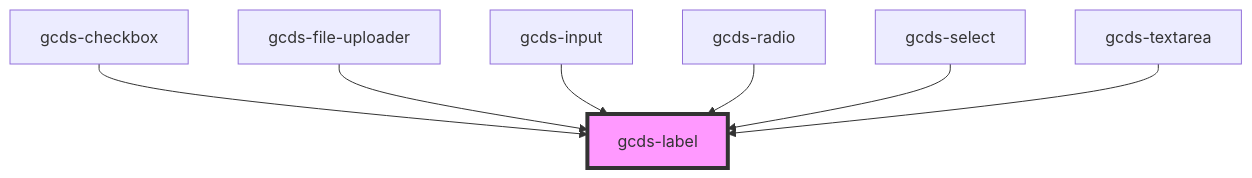
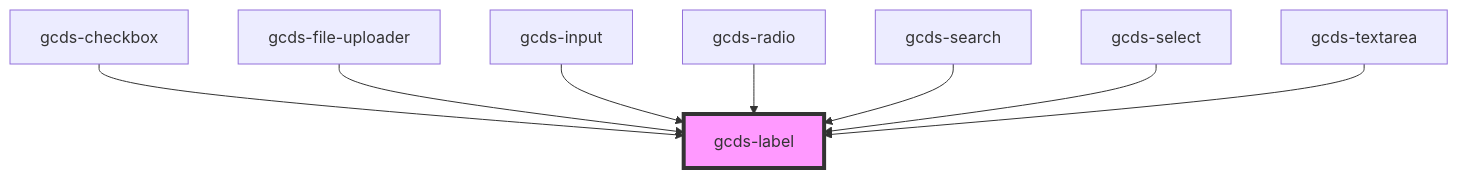
The diagram in packages/web/src/components/gcds-label/readme.md (cds-snc/gcds-components), drawn with Mermaid before and after one commit. The commit also changed other lines of this file and 11 other files, not shown here.

````diff
--- a/packages/web/src/components/gcds-label/readme.md
+++ b/packages/web/src/components/gcds-label/readme.md
@@ -30,10 +31,11 @@
 ```mermaid
 graph TD;
   gcds-checkbox --> gcds-label
   gcds-file-uploader --> gcds-label
   gcds-input --> gcds-label
   gcds-radio --> gcds-label
+  gcds-search --> gcds-label
   gcds-select --> gcds-label
   gcds-textarea --> gcds-label
   style gcds-label fill:#f9f,stroke:#333,stroke-width:4px
 ```
````
